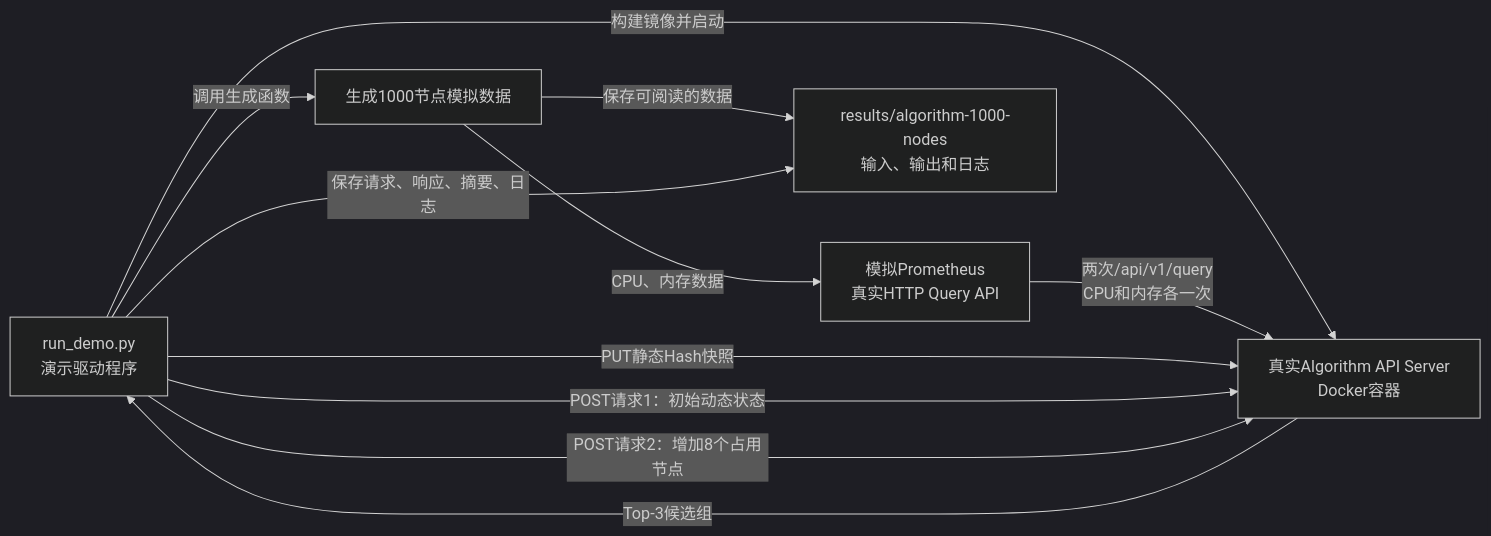
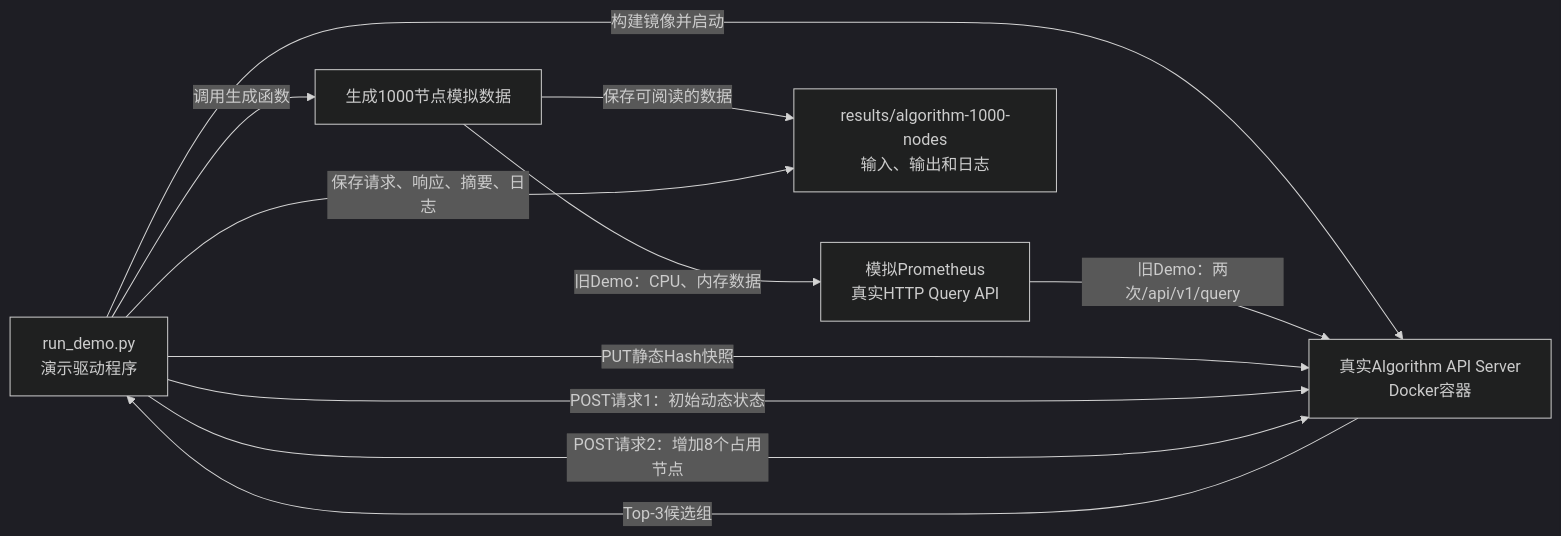
The second of 2 diagrams in algorithm_server/README.md (ghwdsl-38/ngd-ngg-scheduling), drawn with Mermaid (dark theme) before and after one commit. The commit also changed other lines of this file and 116 other files, not shown here.

````diff
--- a/algorithm_server/README.md
+++ b/algorithm_server/README.md
@@ -181,19 +325,19 @@
 ```mermaid
 flowchart LR
     DRIVER[run_demo.py<br/>演示驱动程序]
     DATA[生成1000节点模拟数据]
     MOCK[模拟Prometheus<br/>真实HTTP Query API]
     ALG[真实Algorithm API Server<br/>Docker容器]
     FILES[results/algorithm-1000-nodes<br/>输入、输出和日志]
 
     DRIVER -->|调用生成函数| DATA
-    DATA -->|CPU、内存数据| MOCK
+    DATA -->|旧Demo：CPU、内存数据| MOCK
     DRIVER -->|构建镜像并启动| ALG
-    MOCK -->|两次/api/v1/query<br/>CPU和内存各一次| ALG
+    MOCK -->|旧Demo：两次/api/v1/query| ALG
     DRIVER -->|PUT静态Hash快照| ALG
     DRIVER -->|POST请求1：初始动态状态| ALG
     DRIVER -->|POST请求2：增加8个占用节点| ALG
     ALG -->|Top-3候选组| DRIVER
     DATA -->|保存可阅读的数据| FILES
     DRIVER -->|保存请求、响应、摘要、日志| FILES
 ```
````
